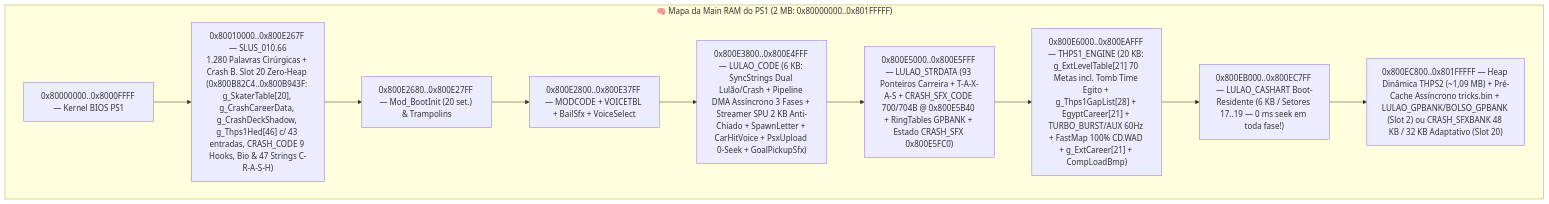
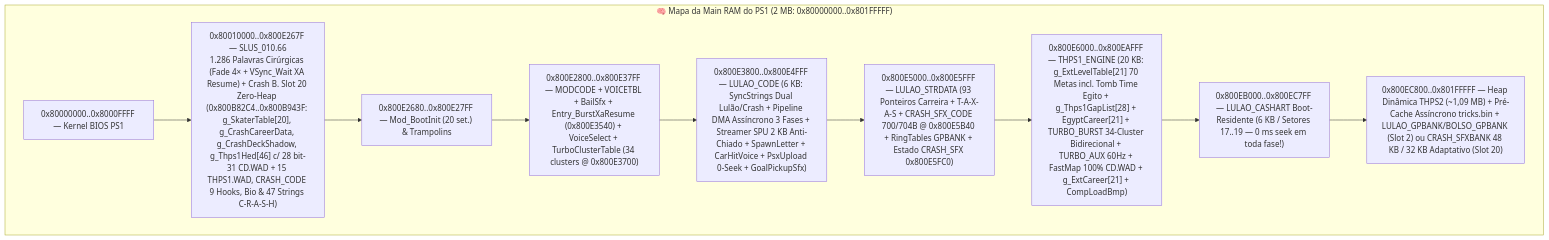
The eighth of 8 diagrams in HISTORIA_DO_PROJETO_THPS2_MOD.md (WagnerxOliveira/Tony_Hawk-s_Pro_Skater_2_Mod_PSX), drawn with Mermaid before and after one commit. The commit also changed other lines of this file and 12 other files, not shown here.

Commit message:
fix/perf: blinda 100% das colisoes/geometria da fase Tomb Time e acelera todas as transicoes de menus (Roda Gigante ao Gameplay) para todos os 21 skatistas

````diff
--- a/HISTORIA_DO_PROJETO_THPS2_MOD.md
+++ b/HISTORIA_DO_PROJETO_THPS2_MOD.md
@@ -918,15 +979,15 @@
 ```mermaid
 flowchart TB
     subgraph RAM["🧠 Mapa da Main RAM do PS1 (2 MB: 0x80000000..0x801FFFFF)"]
         K["0x80000000..0x8000FFFF — Kernel BIOS PS1"]
-        E["0x80010000..0x800E267F — SLUS_010.66<br/>1.280 Palavras Cirúrgicas + Crash B. Slot 20 Zero-Heap (0x800B82C4..0x800B943F: g_SkaterTable[20], g_CrashCareerData, g_CrashDeckShadow, g_Thps1Hed[46] c/ 43 entradas, CRASH_CODE 9 Hooks, Bio & 47 Strings C-R-A-S-H)"]
+        E["0x80010000..0x800E267F — SLUS_010.66<br/>1.286 Palavras Cirúrgicas (Fade 4× + VSync_Wait XA Resume) + Crash B. Slot 20 Zero-Heap (0x800B82C4..0x800B943F: g_SkaterTable[20], g_CrashCareerData, g_CrashDeckShadow, g_Thps1Hed[46] c/ 28 bit-31 CD.WAD + 15 THPS1.WAD, CRASH_CODE 9 Hooks, Bio & 47 Strings C-R-A-S-H)"]
         B["0x800E2680..0x800E27FF — Mod_BootInit (20 set.) & Trampolins"]
-        M["0x800E2800..0x800E37FF — MODCODE + VOICETBL + BailSfx + VoiceSelect"]
+        M["0x800E2800..0x800E37FF — MODCODE + VOICETBL + BailSfx + Entry_BurstXaResume (0x800E3540) + VoiceSelect + TurboClusterTable (34 clusters @ 0x800E3700)"]
         L["0x800E3800..0x800E4FFF — LULAO_CODE (6 KB: SyncStrings Dual Lulão/Crash + Pipeline DMA Assíncrono 3 Fases + Streamer SPU 2 KB Anti-Chiado + SpawnLetter + CarHitVoice + PsxUpload 0-Seek + GoalPickupSfx)"]
         S["0x800E5000..0x800E5FFF — LULAO_STRDATA (93 Ponteiros Carreira + T-A-X-A-S + CRASH_SFX_CODE 700/704B @ 0x800E5B40 + RingTables GPBANK + Estado CRASH_SFX 0x800E5FC0)"]
-        T["0x800E6000..0x800EAFFF — THPS1_ENGINE (20 KB: g_ExtLevelTable[21] 70 Metas incl. Tomb Time Egito + g_Thps1GapList[28] + EgyptCareer[21] + TURBO_BURST/AUX 60Hz + FastMap 100% CD.WAD + g_ExtCareer[21] + CompLoadBmp)"]
+        T["0x800E6000..0x800EAFFF — THPS1_ENGINE (20 KB: g_ExtLevelTable[21] 70 Metas incl. Tomb Time Egito + g_Thps1GapList[28] + EgyptCareer[21] + TURBO_BURST 34-Cluster Bidirecional + TURBO_AUX 60Hz + FastMap 100% CD.WAD + g_ExtCareer[21] + CompLoadBmp)"]
         C["0x800EB000..0x800EC7FF — LULAO_CASHART Boot-Residente (6 KB / Setores 17..19 — 0 ms seek em toda fase!)"]
         H["0x800EC800..0x801FFFFF — Heap Dinâmica THPS2 (~1,09 MB) + Pré-Cache Assíncrono tricks.bin + LULAO_GPBANK/BOLSO_GPBANK (Slot 2) ou CRASH_SFXBANK 48 KB / 32 KB Adaptativo (Slot 20)"]
     end
     K --> E --> B --> M --> L --> S --> T --> C --> H
 ```
````
